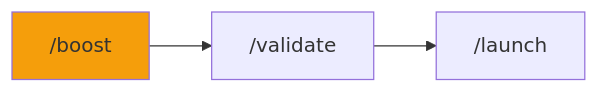
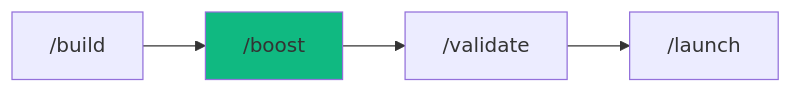
One commit to pikakit/agent-skills changed the diagram in .agent/workflows/boost.md. Above: the diagram before and after it, drawn with Mermaid. The commit also changed other lines of this file and 272 other files, not shown here.

````diff
--- a/.agent/workflows/boost.md
+++ b/.agent/workflows/boost.md
@@ -187,6 +227,7 @@
 ```mermaid
 graph LR
-    A["/boost"] --> B["/validate"]
-    B --> C["/launch"]
-    style A fill:#f59e0b
+    A["/build"] --> B["/boost"]
+    B --> C["/validate"]
+    C --> D["/launch"]
+    style B fill:#10b981
 ```
````
